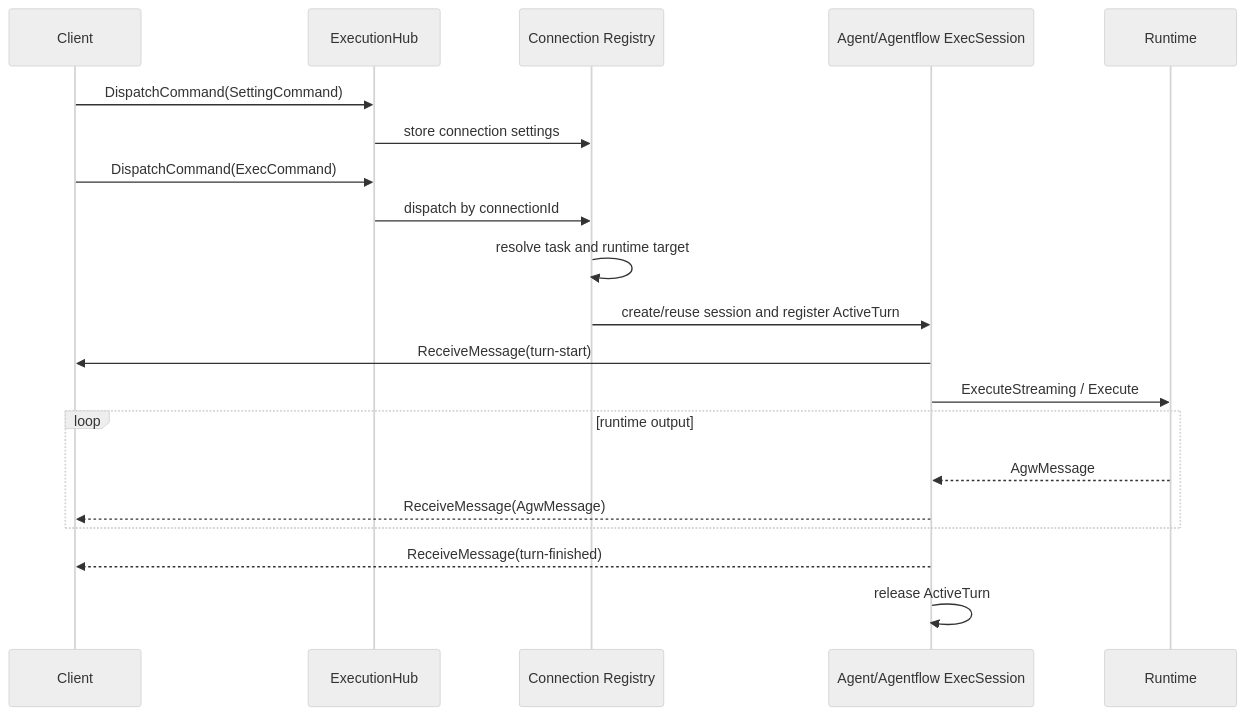
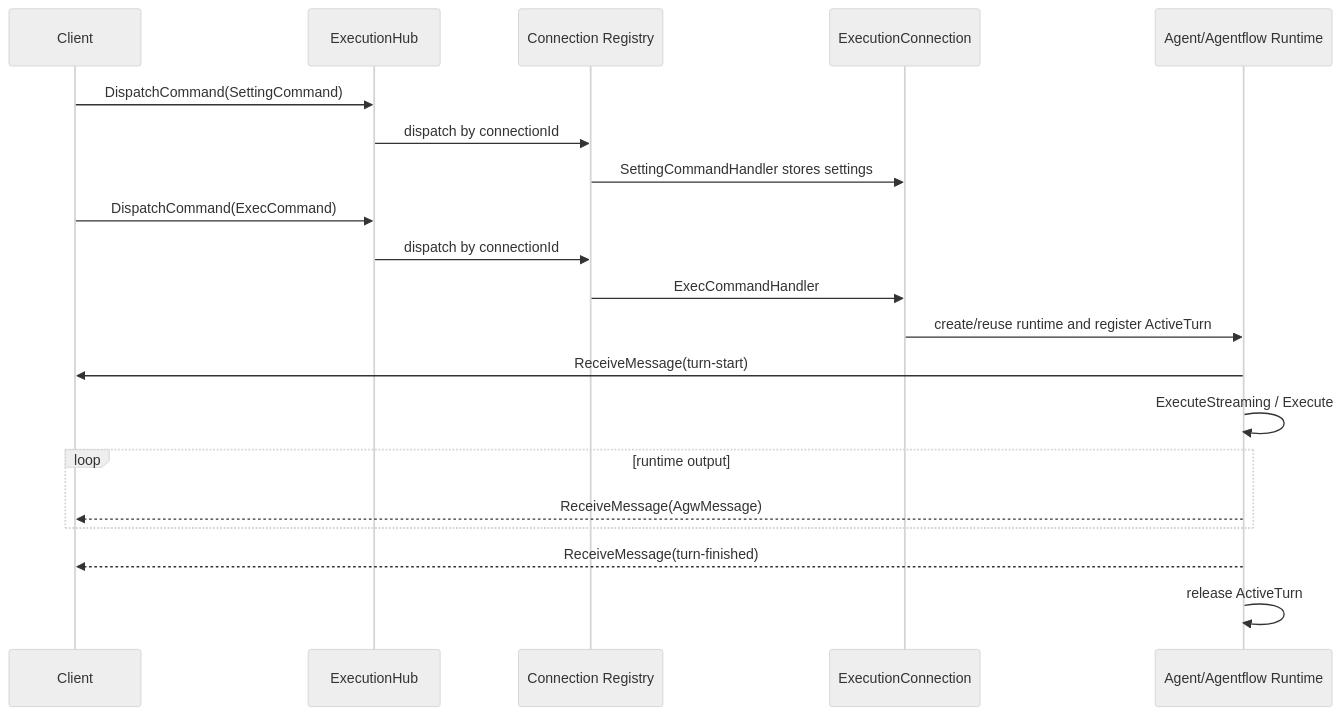
One commit to zxyao145/agw changed the diagram in docs/ws-flow.md. Above: the diagram before and after it, drawn with Mermaid (neutral theme). The commit also changed other lines of this file and 120 other files, not shown here.

First line of the commit message:
refactor(execution): restructure runtime pipelines

````diff
--- a/docs/ws-flow.md
+++ b/docs/ws-flow.md
@@ -21,23 +23,23 @@
 ```mermaid
 sequenceDiagram
     participant Client
     participant Hub as ExecutionHub
     participant Registry as Connection Registry
-    participant Session as Agent/Agentflow ExecSession
-    participant Runtime
+    participant Connection as ExecutionConnection
+    participant Runtime as Agent/Agentflow Runtime
 
     Client->>Hub: DispatchCommand(SettingCommand)
-    Hub->>Registry: store connection settings
+    Hub->>Registry: dispatch by connectionId
+    Registry->>Connection: SettingCommandHandler stores settings
     Client->>Hub: DispatchCommand(ExecCommand)
     Hub->>Registry: dispatch by connectionId
-    Registry->>Registry: resolve task and runtime target
-    Registry->>Session: create/reuse session and register ActiveTurn
-    Session->>Client: ReceiveMessage(turn-start)
-    Session->>Runtime: ExecuteStreaming / Execute
+    Registry->>Connection: ExecCommandHandler
+    Connection->>Runtime: create/reuse runtime and register ActiveTurn
+    Runtime->>Client: ReceiveMessage(turn-start)
+    Runtime->>Runtime: ExecuteStreaming / Execute
     loop runtime output
-        Runtime-->>Session: AgwMessage
-        Session-->>Client: ReceiveMessage(AgwMessage)
+        Runtime-->>Client: ReceiveMessage(AgwMessage)
     end
-    Session-->>Client: ReceiveMessage(turn-finished)
-    Session->>Session: release ActiveTurn
+    Runtime-->>Client: ReceiveMessage(turn-finished)
+    Runtime->>Runtime: release ActiveTurn
 ```
````
